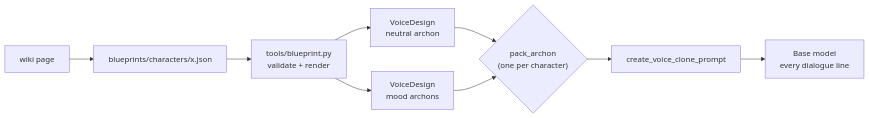
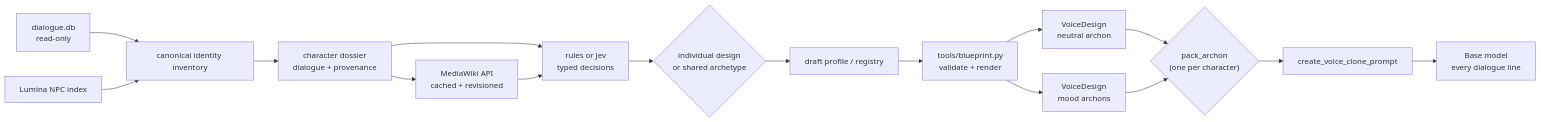
One commit to cutieway/oh-my-voice changed the first of 2 diagrams in blueprints/README.md. Above: the diagram before and after it, drawn with Mermaid. The commit also changed other lines of this file and 41 other files, not shown here.

````diff
--- a/blueprints/README.md
+++ b/blueprints/README.md
@@ -8,11 +8,18 @@
 ```mermaid
 flowchart LR
-  wiki[wiki page] --> bp["blueprints/characters/x.json"]
+  db["dialogue.db<br/>read-only"] --> inv["canonical identity inventory"]
+  game["Lumina NPC index"] --> inv
+  inv --> dossier["character dossier<br/>dialogue + provenance"]
+  dossier --> wiki["MediaWiki API<br/>cached + revisioned"]
+  dossier --> classifier["rules or Jev<br/>typed decisions"]
+  wiki --> classifier
+  classifier --> assign{"individual design<br/>or shared archetype"}
+  assign --> bp["draft profile / registry"]
   bp --> render["tools/blueprint.py<br/>validate + render"]
   render --> vd["VoiceDesign<br/>neutral archon"]
   render --> vdm["VoiceDesign<br/>mood archons"]
   vd --> pick{"pack_archon<br/>(one per character)"}
   vdm --> pick
   pick --> icl[create_voice_clone_prompt]
   icl --> lines[Base model<br/>every dialogue line]
 ```
````
